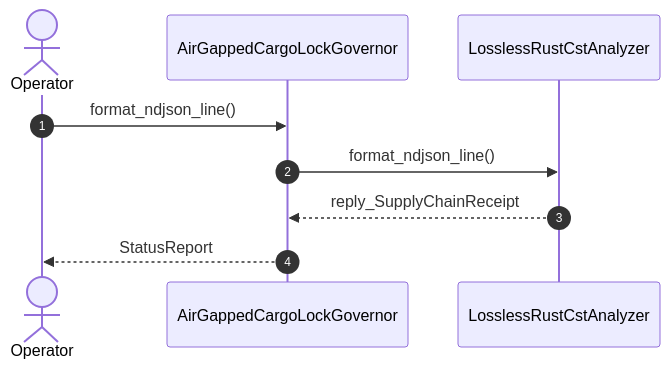
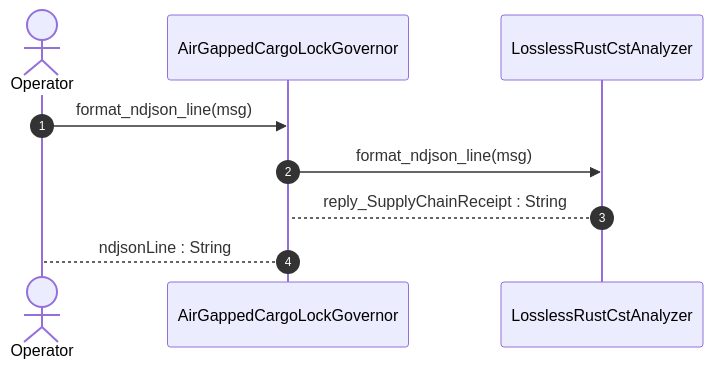
One commit to gintatkinson/DEAP01-spec-core changed the diagram in .pipeline/upstream/docs/user-stories/US-57-format_ndjson_line.md. Above: the diagram before and after it, drawn with Mermaid. The commit also changed other lines of this file and 225 other files, not shown here.

````diff
--- a/.pipeline/upstream/docs/user-stories/US-57-format_ndjson_line.md
+++ b/.pipeline/upstream/docs/user-stories/US-57-format_ndjson_line.md
@@ -37,11 +38,11 @@
 ```mermaid
 sequenceDiagram
     autonumber
     actor Operator
     participant AirGappedCargoLockGovernor
     participant LosslessRustCstAnalyzer
-    Operator->>AirGappedCargoLockGovernor: format_ndjson_line()
-    AirGappedCargoLockGovernor->>LosslessRustCstAnalyzer: format_ndjson_line()
-    LosslessRustCstAnalyzer-->>AirGappedCargoLockGovernor: reply_SupplyChainReceipt
-    AirGappedCargoLockGovernor-->>Operator: StatusReport
+    Operator->>AirGappedCargoLockGovernor: format_ndjson_line(msg)
+    AirGappedCargoLockGovernor->>LosslessRustCstAnalyzer: format_ndjson_line(msg)
+    LosslessRustCstAnalyzer-->AirGappedCargoLockGovernor: reply_SupplyChainReceipt : String
+    AirGappedCargoLockGovernor-->Operator: ndjsonLine : String
 ```
````
